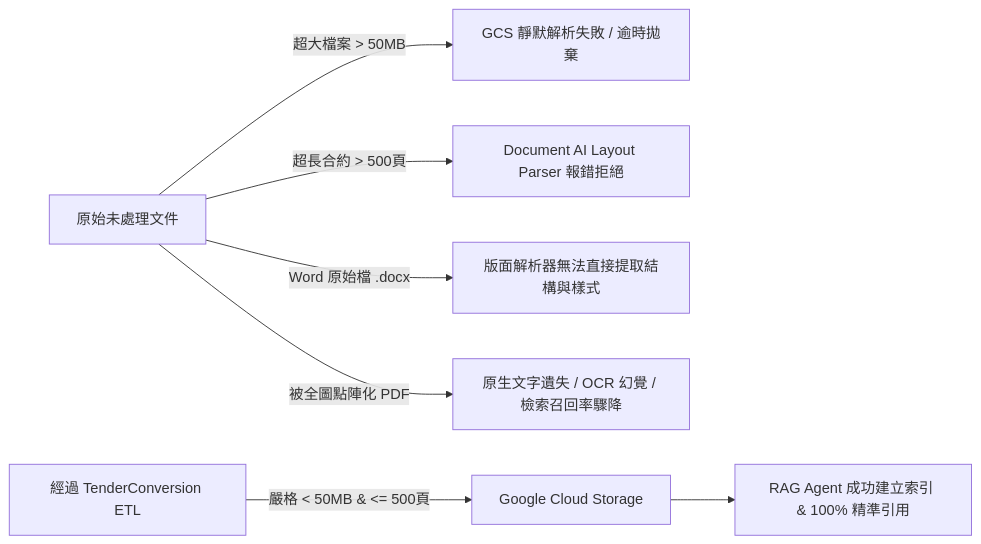
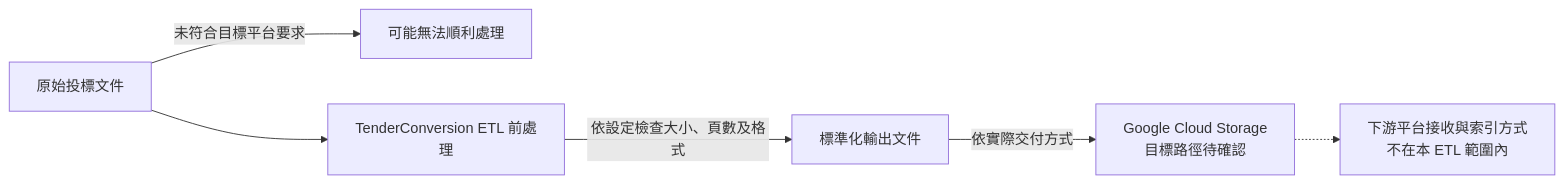
Before and after one commit to AEL-GROUP/TenderConversion: the diagram in docs/sharepoint/02-ETL-and-operations/02-RAG-spec-and-limits/Gcloud-rag-agent-constraints.md, drawn with Mermaid. The commit also changed other lines of this file and 20 other files, not shown here.

````diff
--- a/docs/sharepoint/02-ETL-and-operations/02-RAG-spec-and-limits/Gcloud-rag-agent-constraints.md
+++ b/docs/sharepoint/02-ETL-and-operations/02-RAG-spec-and-limits/Gcloud-rag-agent-constraints.md
@@ -21,10 +21,8 @@
 ```mermaid
 graph LR
-    Raw[原始未處理文件] -->|超大檔案 > 50MB| Err1[GCS 靜默解析失敗 / 逾時拋棄]
-    Raw -->|超長合約 > 500頁| Err2[Document AI Layout Parser 報錯拒絕]
-    Raw -->|Word 原始檔 .docx| Err3[版面解析器無法直接提取結構與樣式]
-    Raw -->|被全圖點陣化 PDF| Err4[原生文字遺失 / OCR 幻覺 / 檢索召回率驟降]
-
-    ETL[經過 TenderConversion ETL] -->|嚴格 < 50MB & <= 500頁| Pass[Google Cloud Storage]
-    Pass --> RAG[RAG Agent 成功建立索引 & 100% 精準引用]
+    Raw[原始投標文件] -->|未符合目標平台要求| Risk[可能無法順利處理]
+    Raw --> ETL[TenderConversion ETL 前處理]
+    ETL -->|依設定檢查大小、頁數及格式| Output[標準化輸出文件]
+    Output -->|依實際交付方式| GCS[Google Cloud Storage<br/>目標路徑待確認]
+    GCS -.-> Downstream[下游平台接收與索引方式<br/>不在本 ETL 範圍內]
 ```
````
